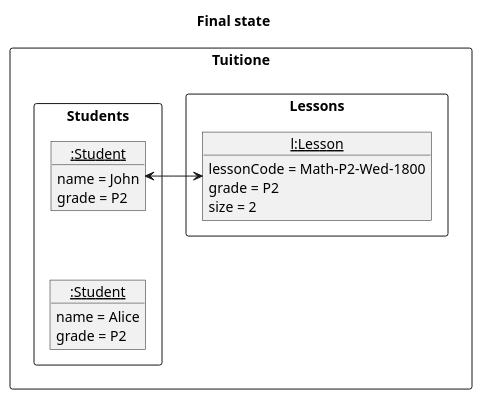
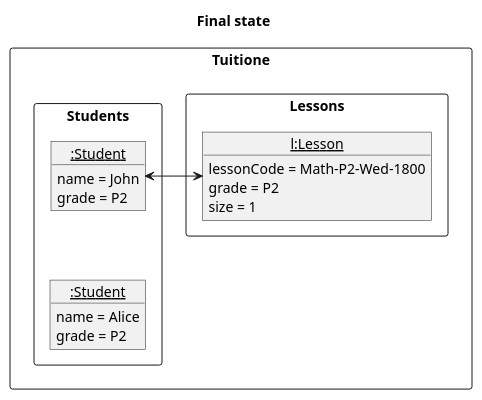
Before and after one commit to nus-cs2103-AY2122S1/tp: the diagram in docs/diagrams/UnenrollState1.puml, drawn with PlantUML. The commit also changed 1 other file, not shown here.

Commit message:
Update unenroll diagrams

```diff
--- a/docs/diagrams/UnenrollState1.puml
+++ b/docs/diagrams/UnenrollState1.puml
@@ -1,31 +1,31 @@
 @startuml
 skinparam ClassFontColor #000000
 skinparam ClassBorderColor #000000
 
 title Final state
 
 package Tuitione <<rectangle>> {
     package Lessons <<rectangle>> {
         object "<u>l:Lesson" as Lesson {
             lessonCode = Math-P2-Wed-1800
             grade = P2
-            size = 2
+            size = 1
         }
     }
     package Students <<rectangle>> {
         object "<u>:Student" as Alice {
             name = Alice
             grade = P2
         }
         object "<u>:Student" as John {
             name = John
             grade = P2
         }
     }
 }
 
 John -[hidden]-> Alice
 
 Lesson <-r-> John
 
 @end
```
